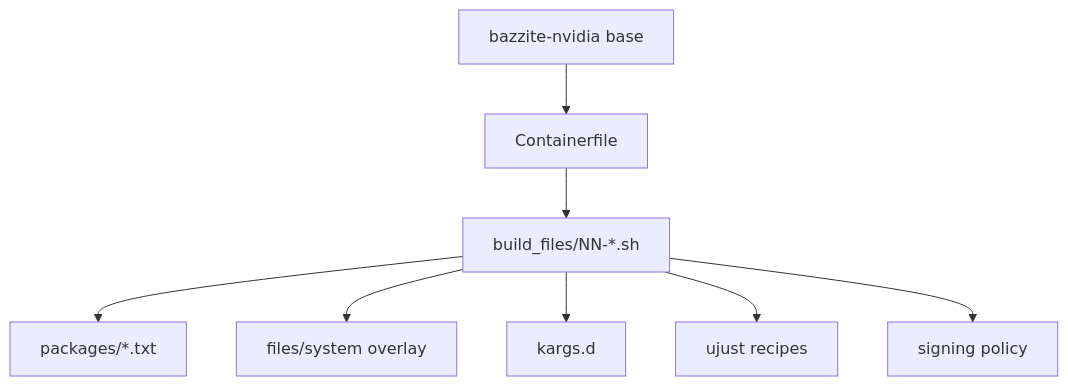
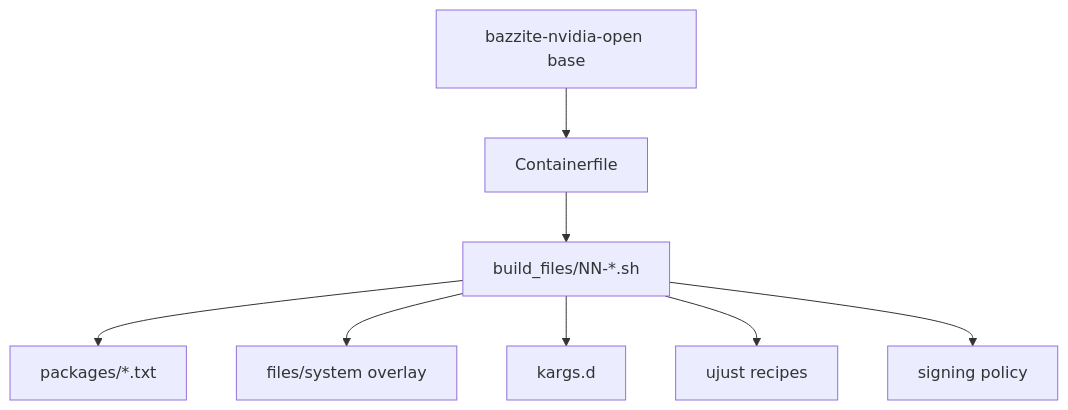
Before and after one commit to nklowns/bazzite-dx-silver-goggles: the diagram in README.md, drawn with Mermaid. The commit also changed 5 other files, not shown here.

First line of the commit message:
[Silver Goggles] feat(base): move the pin to bazzite-nvidia-open (#201)

````diff
--- a/README.md
+++ b/README.md
@@ -24,10 +24,10 @@
 ```mermaid
 graph TD
-    A[bazzite-nvidia base] --> B[Containerfile]
+    A[bazzite-nvidia-open base] --> B[Containerfile]
     B --> C[build_files/NN-*.sh]
     C --> C1[packages/*.txt]
     C --> C2[files/system overlay]
     C --> C3[kargs.d]
     C --> C4[ujust recipes]
     C --> C5[signing policy]
 ```
````
